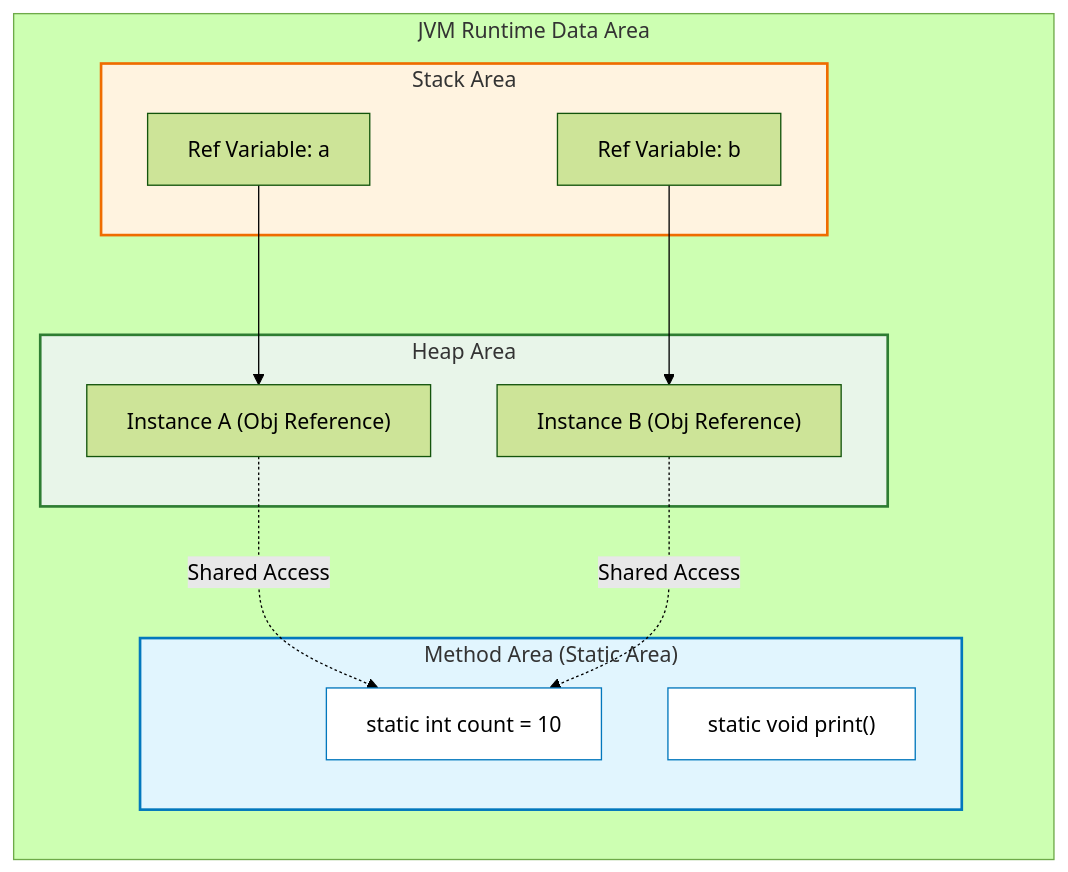
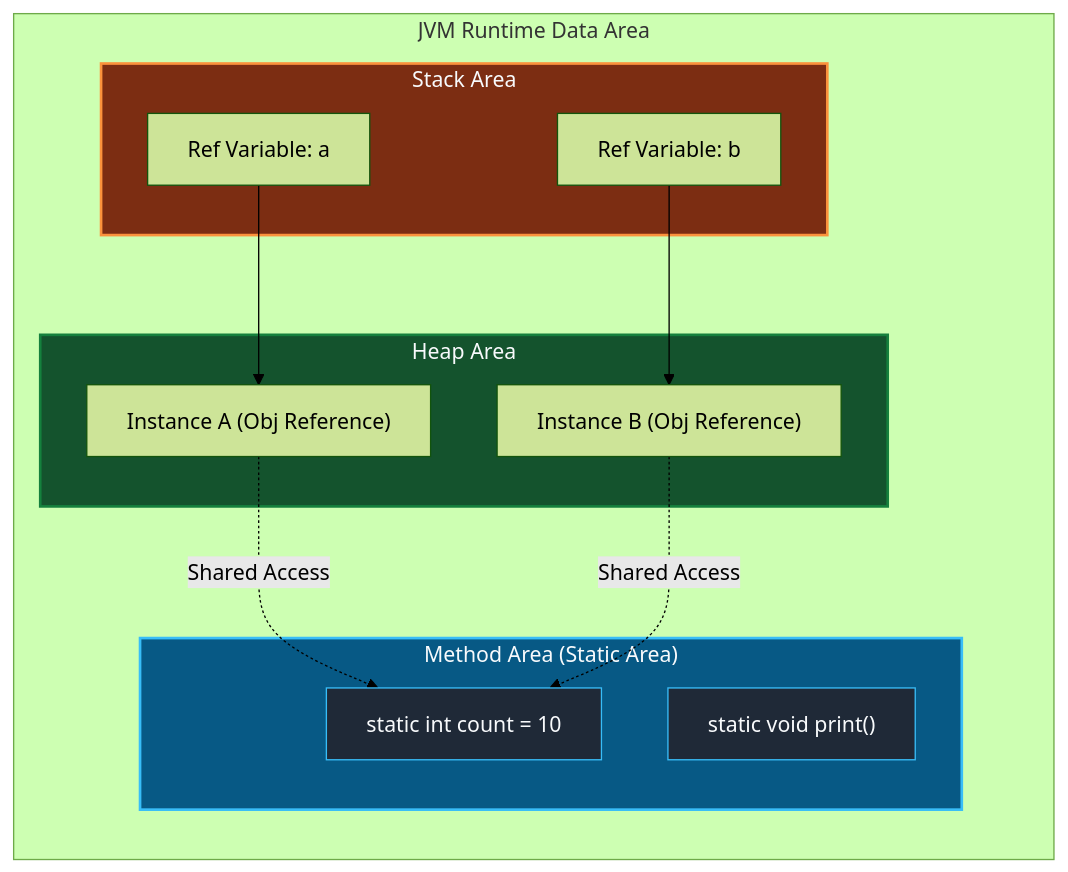
The diagram in _posts/java/03-memory-management/2026-01-03-static-키워드와-메모리-관리.md (Kang-Hyesung/kang-hyesung.github.io), drawn with Mermaid (forest theme) before and after one commit. The commit also changed 74 other files, not shown here.

Commit message:
docs: update post visibility and mermaid colors

````diff
--- a/_posts/java/03-memory-management/2026-01-03-static-키워드와-메모리-관리.md
+++ b/_posts/java/03-memory-management/2026-01-03-static-키워드와-메모리-관리.md
@@ -21,35 +21,35 @@
 ```mermaid
 graph TD
     subgraph JVM_Memory ["JVM Runtime Data Area"]
         direction TB
         
         subgraph Method_Area ["Method Area (Static Area)"]
             StaticVar["static int count = 10"]
             StaticMethod["static void print()"]
         end
 
         subgraph Heap_Area ["Heap Area"]
             InstanceA["Instance A (Obj Reference)"]
             InstanceB["Instance B (Obj Reference)"]
         end
 
         subgraph Stack_Area ["Stack Area"]
             RefA["Ref Variable: a"]
             RefB["Ref Variable: b"]
         end
     end
 
     RefA --> InstanceA
     RefB --> InstanceB
     
     InstanceA -.->|Shared Access| StaticVar
     InstanceB -.->|Shared Access| StaticVar
     
     %% 스타일 정의
-    style Method_Area fill:#e1f5fe,stroke:#0277bd,stroke-width:2px
-    style Heap_Area fill:#e8f5e9,stroke:#2e7d32,stroke-width:2px
-    style Stack_Area fill:#fff3e0,stroke:#ef6c00,stroke-width:2px
-    style StaticVar fill:#ffffff,stroke:#0277bd
-    style StaticMethod fill:#ffffff,stroke:#0277bd
+    style Method_Area fill:#075985,stroke:#38bdf8,stroke-width:2px,color:#f8fafc
+    style Heap_Area fill:#14532d,stroke:#15803d,stroke-width:2px,color:#f8fafc
+    style Stack_Area fill:#7c2d12,stroke:#fb923c,stroke-width:2px,color:#f8fafc
+    style StaticVar fill:#1f2937,stroke:#38bdf8,color:#f8fafc
+    style StaticMethod fill:#1f2937,stroke:#38bdf8,color:#f8fafc
 
 ```
````
